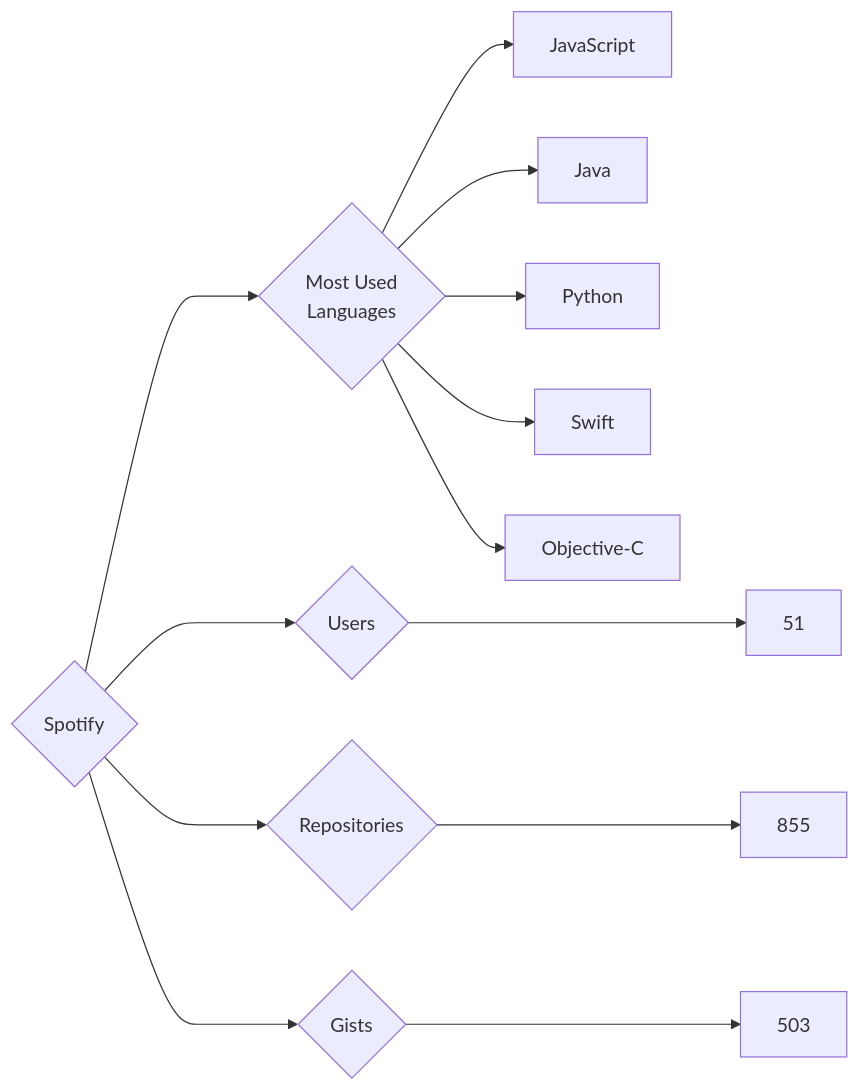
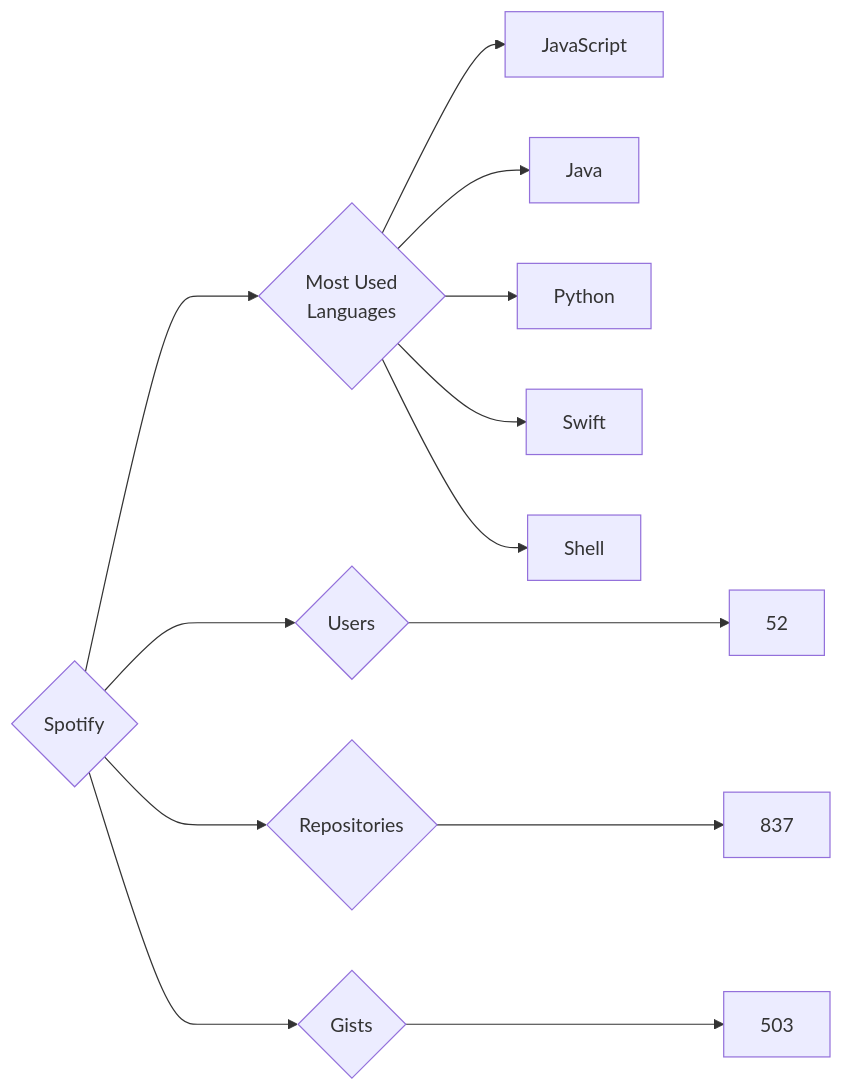
The diagram in targets/Spotify/README.md (trickest/insiders), drawn with Mermaid before and after one commit. The commit also changed 1508 other files, not shown here.

````diff
--- a/targets/Spotify/README.md
+++ b/targets/Spotify/README.md
@@ -3,13 +3,13 @@
 ```mermaid
 graph LR
 COMPANY_NAME{Spotify}
-COMPANY_NAME ---> U{Users} ---> UN[51]
-COMPANY_NAME ---> R{Repositories} ---> RN[855]
+COMPANY_NAME ---> U{Users} ---> UN[52]
+COMPANY_NAME ---> R{Repositories} ---> RN[837]
 COMPANY_NAME ---> G{Gists} ---> GN[503]
 COMPANY_NAME ---> ML{Most Used<br>Languages}
 ML --> JavaScript[JavaScript]
 ML --> Java[Java]
 ML --> Python[Python]
 ML --> Swift[Swift]
-ML --> Objective-C[Objective-C]
+ML --> Shell[Shell]
 ```
````
